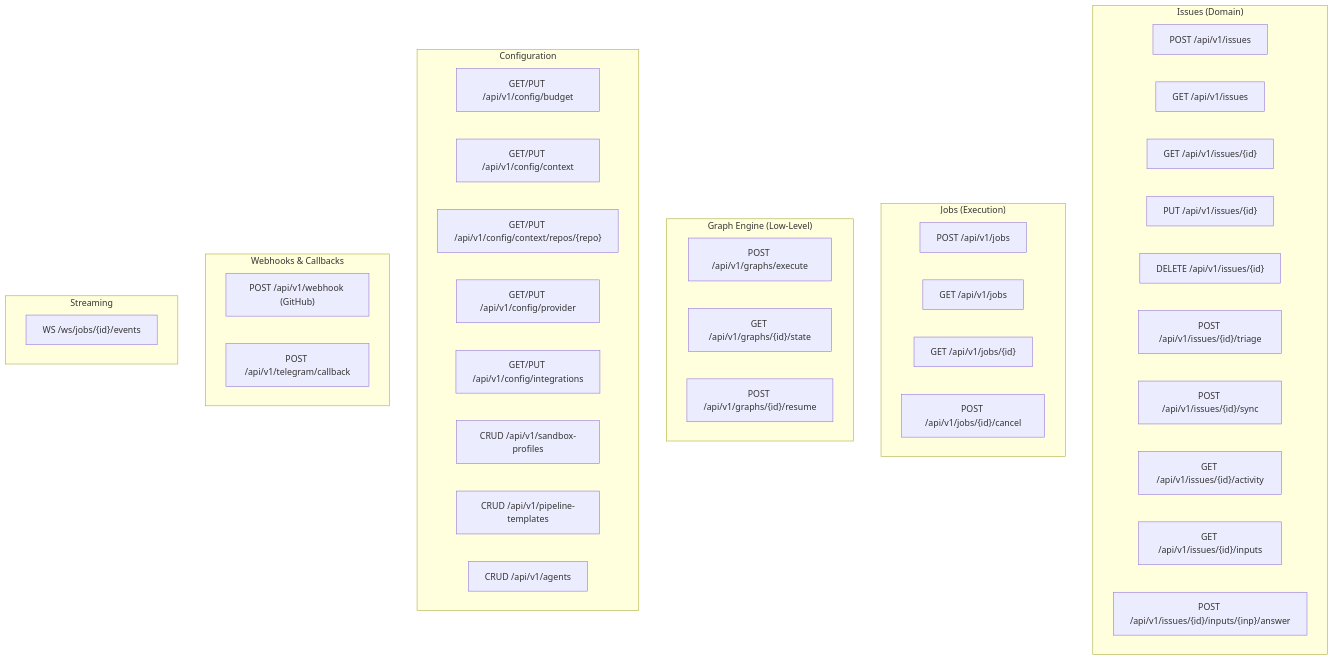
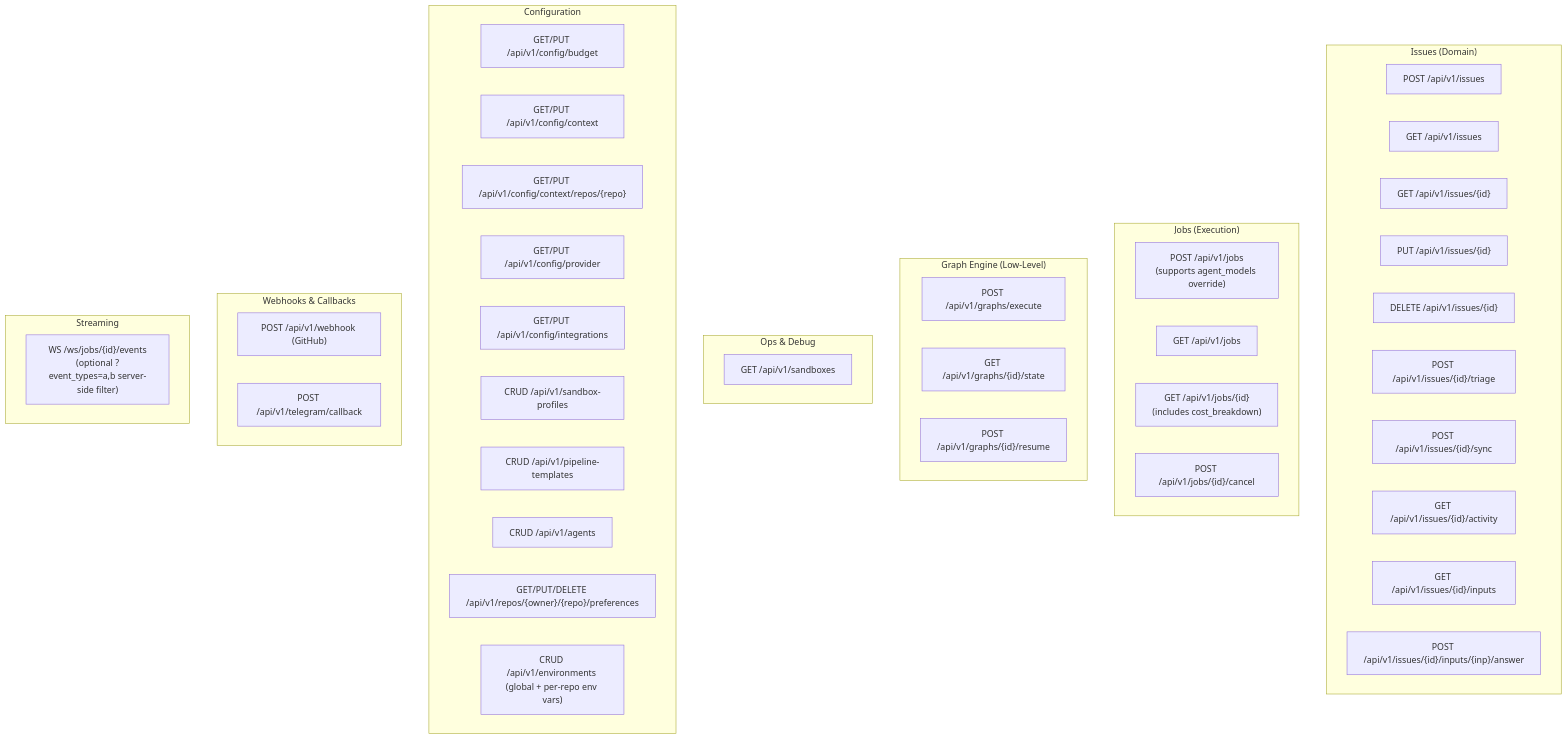
The seventh of 10 diagrams in docs/architecture.md (sudoTomas/embry0), drawn with Mermaid before and after one commit. The commit also changed other lines of this file, not shown here.

Commit message:
docs(architecture): document Plans G/H/J/K/L + add migration registry (1-11)

````diff
--- a/docs/architecture.md
+++ b/docs/architecture.md
@@ -431,48 +433,54 @@
 ```mermaid
 graph TB
     subgraph "Issues (Domain)"
         IC["POST /api/v1/issues"]
         IL["GET /api/v1/issues"]
         ID["GET /api/v1/issues/{id}"]
         IU["PUT /api/v1/issues/{id}"]
         IX["DELETE /api/v1/issues/{id}"]
         IT["POST /api/v1/issues/{id}/triage"]
         IS["POST /api/v1/issues/{id}/sync"]
         IA["GET /api/v1/issues/{id}/activity"]
         II["GET /api/v1/issues/{id}/inputs"]
         IIA["POST /api/v1/issues/{id}/inputs/{inp}/answer"]
     end
 
     subgraph "Jobs (Execution)"
-        JC["POST /api/v1/jobs"]
+        JC["POST /api/v1/jobs<br/>(supports agent_models override)"]
         JL["GET /api/v1/jobs"]
-        JD["GET /api/v1/jobs/{id}"]
+        JD["GET /api/v1/jobs/{id}<br/>(includes cost_breakdown)"]
         JX["POST /api/v1/jobs/{id}/cancel"]
     end
 
     subgraph "Graph Engine (Low-Level)"
         EX["POST /api/v1/graphs/execute"]
         GS["GET /api/v1/graphs/{id}/state"]
         RS["POST /api/v1/graphs/{id}/resume"]
+    end
+
+    subgraph "Ops & Debug"
+        SBL["GET /api/v1/sandboxes"]
     end
 
     subgraph "Configuration"
         BG["GET/PUT /api/v1/config/budget"]
         CX["GET/PUT /api/v1/config/context"]
         CR["GET/PUT /api/v1/config/context/repos/{repo}"]
         PR["GET/PUT /api/v1/config/provider"]
         IG["GET/PUT /api/v1/config/integrations"]
         SP["CRUD /api/v1/sandbox-profiles"]
         PT["CRUD /api/v1/pipeline-templates"]
         AG["CRUD /api/v1/agents"]
+        RP["GET/PUT/DELETE /api/v1/repos/{owner}/{repo}/preferences"]
+        ENV["CRUD /api/v1/environments (global + per-repo env vars)"]
     end
 
     subgraph "Webhooks & Callbacks"
         WH["POST /api/v1/webhook (GitHub)"]
         TC["POST /api/v1/telegram/callback"]
     end
 
     subgraph "Streaming"
-        WSK["WS /ws/jobs/{id}/events"]
+        WSK["WS /ws/jobs/{id}/events<br/>(optional ?event_types=a,b server-side filter)"]
     end
 ```
````
